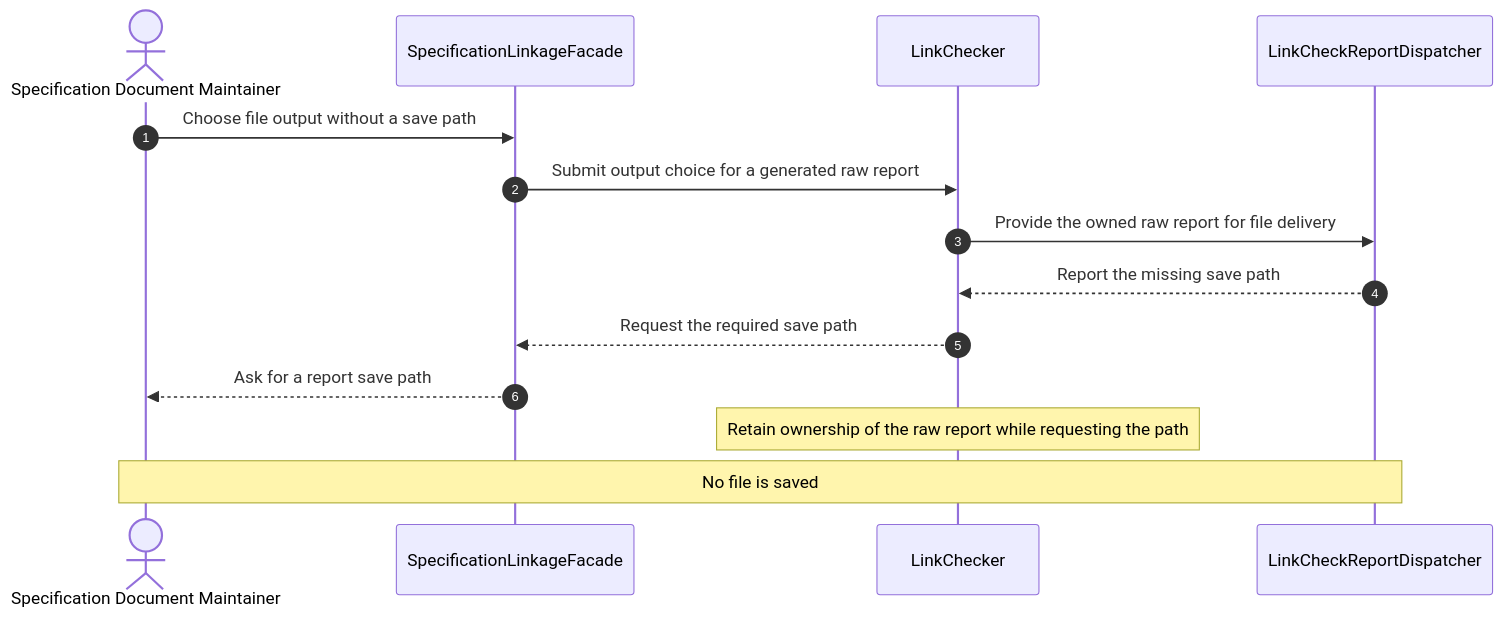
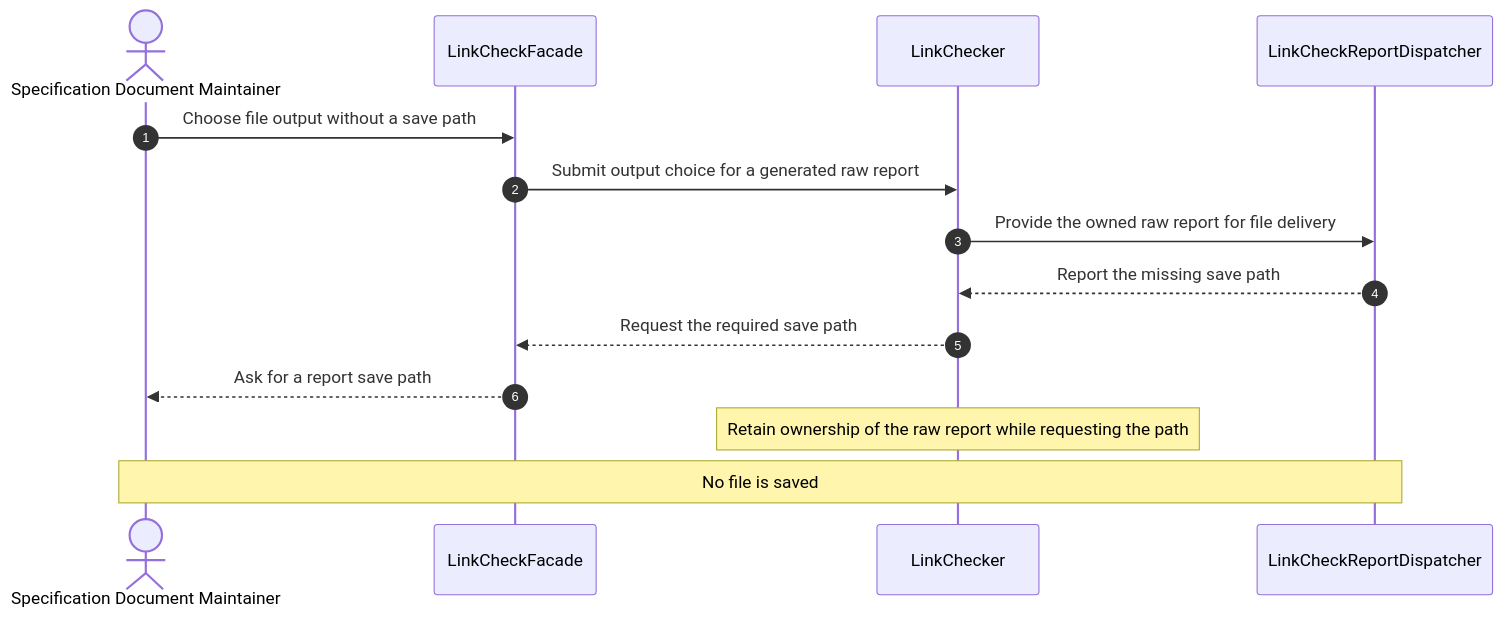
One commit to huang-xiao-jian/bluey changed the fifth of 47 diagrams in specs/md-linkage/design.md. Above: the diagram before and after it, drawn with Mermaid. The commit also changed other lines of this file and 5 other files, not shown here.

````diff
--- a/specs/md-linkage/design.md
+++ b/specs/md-linkage/design.md
@@ -356,17 +356,17 @@
 ```mermaid
 sequenceDiagram
     autonumber
     actor Maintainer as Specification Document Maintainer
-    participant Submission as SpecificationLinkageFacade
+    participant Submission as LinkCheckFacade
     participant Check as LinkChecker
     participant Delivery as LinkCheckReportDispatcher
 
     Maintainer->>Submission: Choose file output without a save path
     Submission->>Check: Submit output choice for a generated raw report
     Check->>Delivery: Provide the owned raw report for file delivery
     Delivery-->>Check: Report the missing save path
     Check-->>Submission: Request the required save path
     Submission-->>Maintainer: Ask for a report save path
     Note over Check: Retain ownership of the raw report while requesting the path
     Note over Maintainer,Delivery: No file is saved
 ```
````
